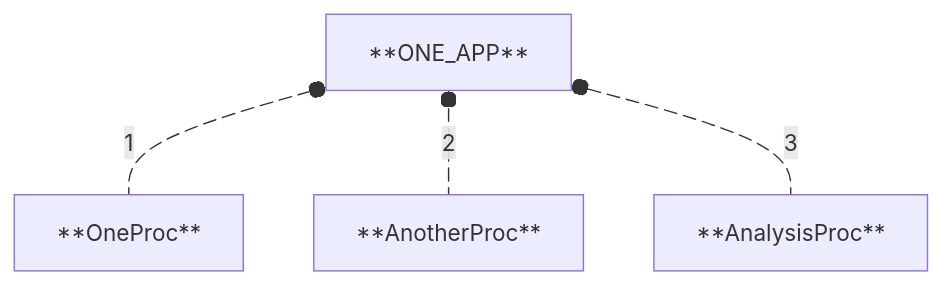
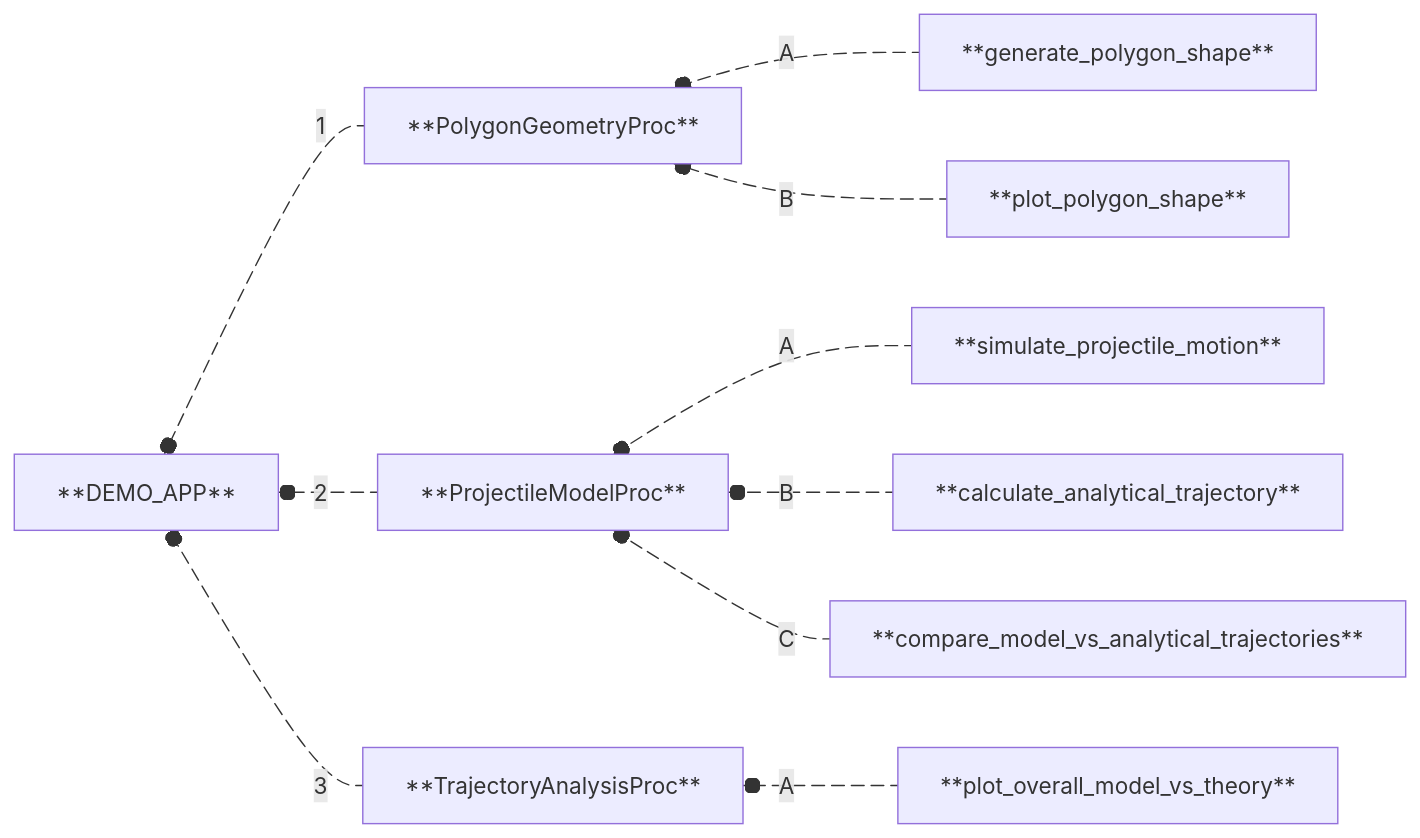
Before and after one commit to nuremics/nuremics-labs: the first of 8 diagrams in src/labs/apps/general/DEMO_APP/README.md, drawn with Mermaid. The commit also changed other lines of this file, not shown here.

Commit message:
update DEMO_APP README

````diff
--- a/src/labs/apps/general/DEMO_APP/README.md
+++ b/src/labs/apps/general/DEMO_APP/README.md
@@ -3,9 +25,21 @@
 ```mermaid
-flowchart BT
-  **OneProc** e1@--1--o **ONE_APP**
-  **AnotherProc** e2@--2--o **ONE_APP**
-  **AnalysisProc** e3@--3--o **ONE_APP**
+flowchart RL
+  **PolygonGeometryProc** e1@--1--o **DEMO_APP**
+  **ProjectileModelProc** e2@--2--o **DEMO_APP**
+  **TrajectoryAnalysisProc** e3@--3--o **DEMO_APP**
+  **generate_polygon_shape** e4@--A--o **PolygonGeometryProc**
+  **plot_polygon_shape** e5@--B--o **PolygonGeometryProc**
+  **simulate_projectile_motion** e6@--A--o **ProjectileModelProc**
+  **calculate_analytical_trajectory** e7@--B--o **ProjectileModelProc**
+  **compare_model_vs_analytical_trajectories** e8@--C--o **ProjectileModelProc**
+  **plot_overall_model_vs_theory** e9@--A--o **TrajectoryAnalysisProc**
   e1@{ animate: true }
   e2@{ animate: true }
   e3@{ animate: true }
+  e4@{ animate: true }
+  e5@{ animate: true }
+  e6@{ animate: true }
+  e7@{ animate: true }
+  e8@{ animate: true }
+  e9@{ animate: true }
 ```
````
